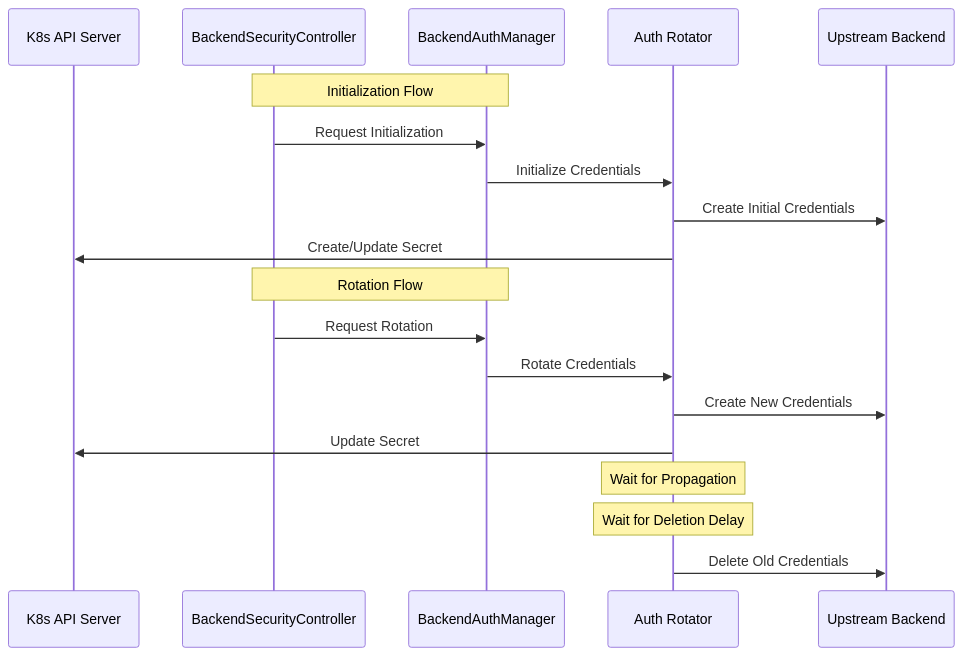
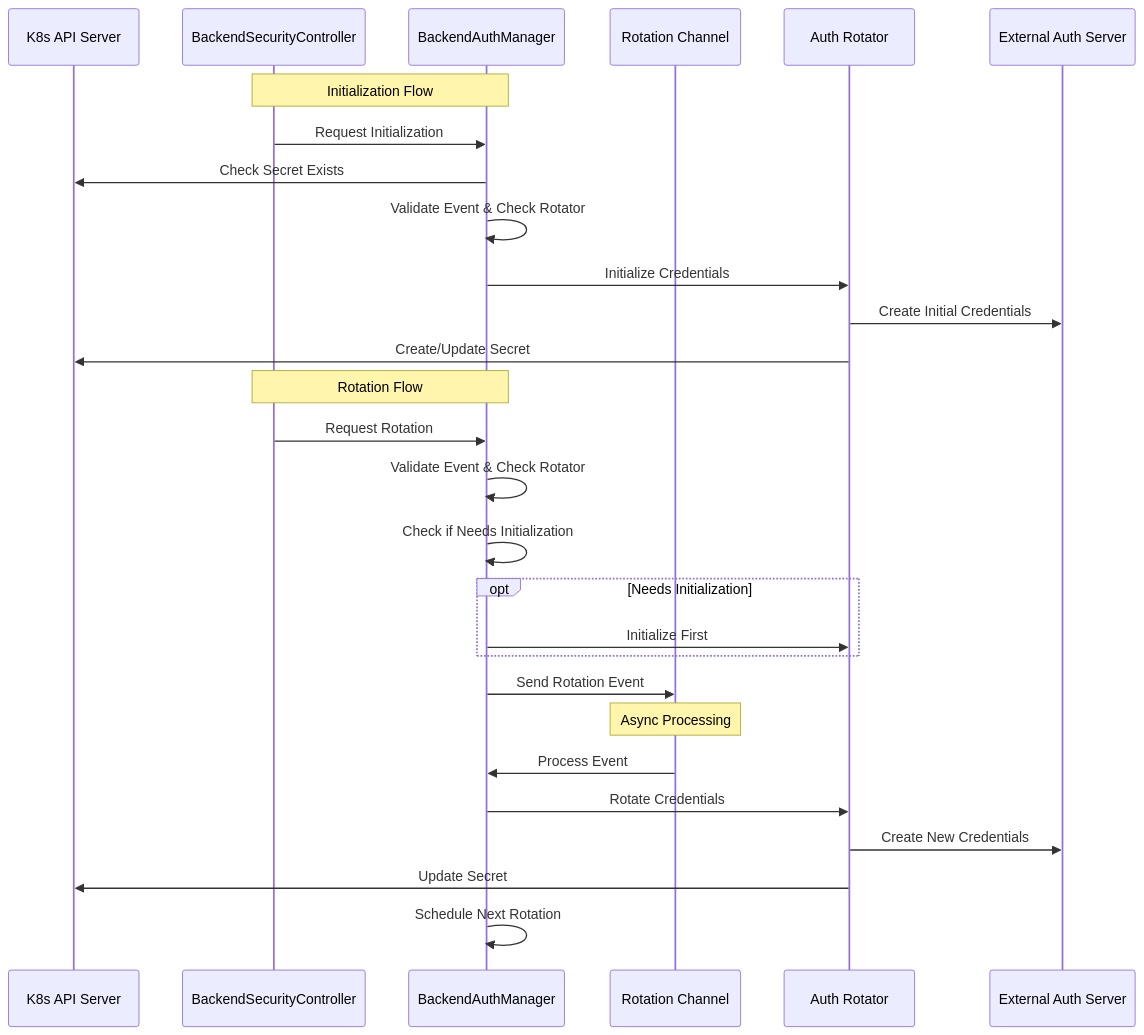
Before and after one commit to envoyproxy/ai-gateway: the diagram in docs/design/backend-auth.md, drawn with Mermaid. The commit also changed other lines of this file and 2 other files, not shown here.

````diff
--- a/docs/design/backend-auth.md
+++ b/docs/design/backend-auth.md
@@ -50,23 +109,32 @@
 ```mermaid
 sequenceDiagram
     participant API as K8s API Server
     participant BSC as BackendSecurityController
     participant BAM as BackendAuthManager
+    participant Chan as Rotation Channel
     participant Rotator as Auth Rotator
-    participant Upstream as Upstream Backend
+    participant Auth as External Auth Server
 
     Note over BSC,BAM: Initialization Flow
     BSC->>BAM: Request Initialization
+    BAM->>API: Check Secret Exists
+    BAM->>BAM: Validate Event & Check Rotator
     BAM->>Rotator: Initialize Credentials
-    Rotator->>Upstream: Create Initial Credentials
+    Rotator->>Auth: Create Initial Credentials
     Rotator->>API: Create/Update Secret
 
     Note over BSC,BAM: Rotation Flow
     BSC->>BAM: Request Rotation
+    BAM->>BAM: Validate Event & Check Rotator
+    BAM->>BAM: Check if Needs Initialization
+    opt Needs Initialization
+        BAM->>Rotator: Initialize First
+    end
+    BAM->>Chan: Send Rotation Event
+    Note over Chan: Async Processing
+    Chan->>BAM: Process Event
     BAM->>Rotator: Rotate Credentials
-    Rotator->>Upstream: Create New Credentials
+    Rotator->>Auth: Create New Credentials
     Rotator->>API: Update Secret
-    Note over Rotator: Wait for Propagation
-    Note over Rotator: Wait for Deletion Delay
-    Rotator->>Upstream: Delete Old Credentials
+    BAM->>BAM: Schedule Next Rotation
 ```
````
